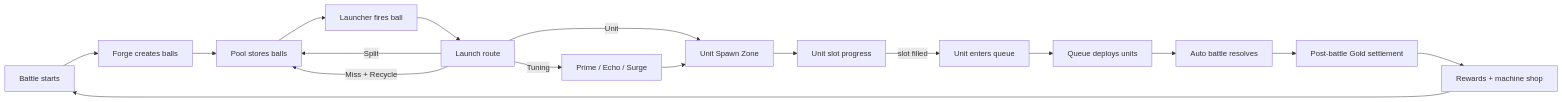
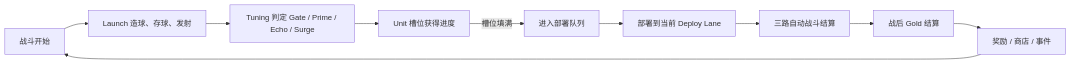
One commit to moxxxYc/planB changed the diagram in docs/gdd.md. Above: the diagram before and after it, drawn with Mermaid. The commit also changed other lines of this file and 97 other files, not shown here.

````diff
--- a/docs/gdd.md
+++ b/docs/gdd.md
@@ -40,19 +47,12 @@
 ```mermaid
 flowchart LR
-  A["Battle starts"] --> B["Forge creates balls"]
-  B --> C["Pool stores balls"]
-  C --> D["Launcher fires ball"]
-  D --> E["Launch route"]
-  E -->|"Tuning"| F["Prime / Echo / Surge"]
-  E -->|"Unit"| G["Unit Spawn Zone"]
-  E -->|"Split"| C
-  E -->|"Miss + Recycle"| C
-  F --> G
-  G --> H["Unit slot progress"]
-  H -->|"slot filled"| I["Unit enters queue"]
-  I --> J["Queue deploys units"]
-  J --> K["Auto battle resolves"]
-  K --> L["Post-battle Gold settlement"]
-  L --> M["Rewards + machine shop"]
-  M --> A
+  A["战斗开始"] --> B["Launch 造球、存球、发射"]
+  B --> C["Tuning 判定 Gate / Prime / Echo / Surge"]
+  C --> D["Unit 槽位获得进度"]
+  D -->|"槽位填满"| E["进入部署队列"]
+  E --> F["部署到当前 Deploy Lane"]
+  F --> G["三路自动战斗结算"]
+  G --> H["战后 Gold 结算"]
+  H --> I["奖励 / 商店 / 事件"]
+  I --> A
 ```
````
